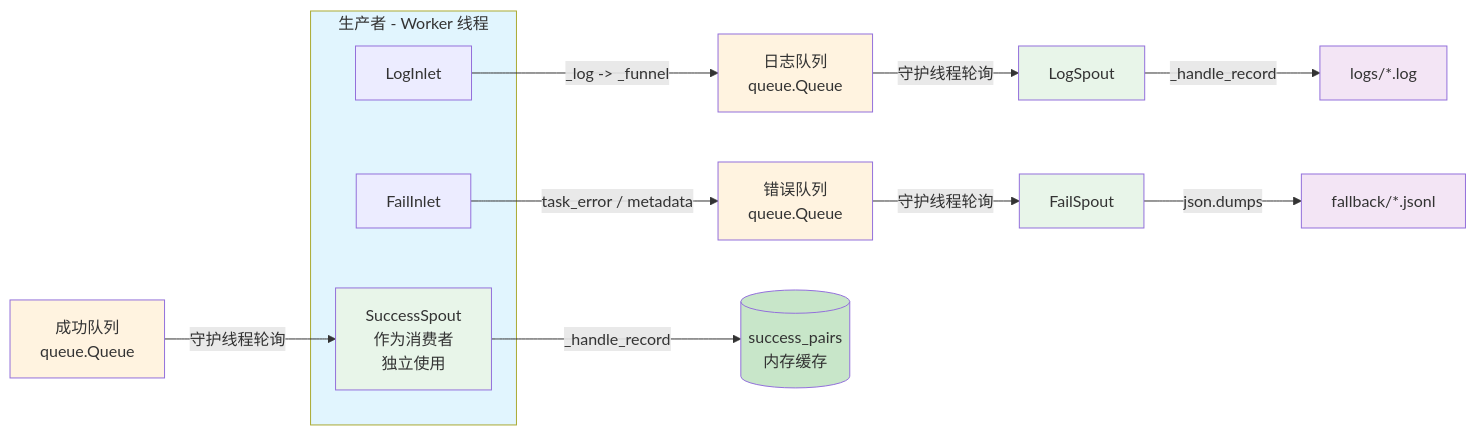
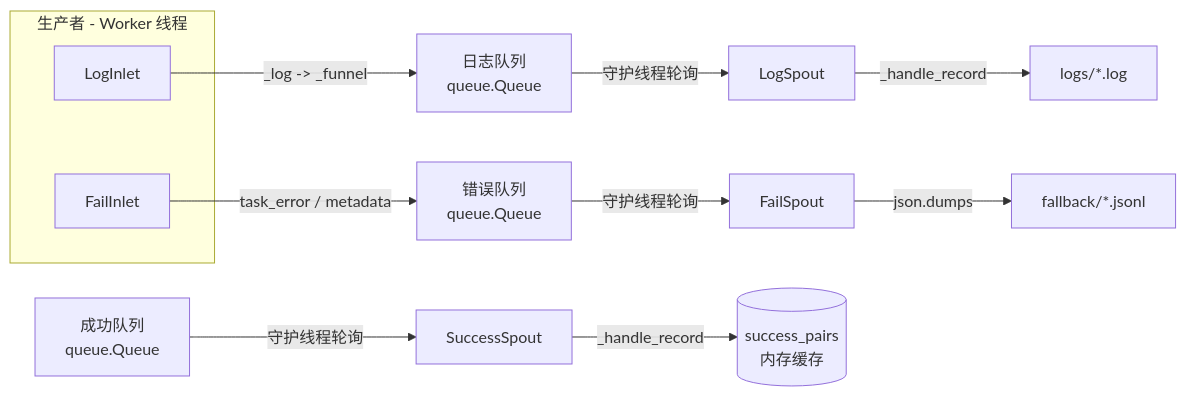
Before and after one commit to Mr-xiaotian/CelestialFlow: the diagram in docs/zh-CN/src/persistence/__init__.md, drawn with Mermaid. The commit also changed other lines of this file and 94 other files, not shown here.

````diff
--- a/docs/zh-CN/src/persistence/__init__.md
+++ b/docs/zh-CN/src/persistence/__init__.md
@@ -95,37 +80,19 @@
 ```mermaid
 flowchart LR
     subgraph Producer[生产者 - Worker 线程]
         LogInlet[LogInlet]
         FailInlet[FailInlet]
-        SuccessSpout[SuccessSpout
-作为消费者
-独立使用]
     end
 
-    LogInlet -->|_log -> _funnel| LogQueue[日志队列
-queue.Queue]
-    FailInlet -->|task_error / metadata| FailQueue[错误队列
-queue.Queue]
+    LogInlet -->|_log -> _funnel| LogQueue[日志队列<br/>queue.Queue]
+    FailInlet -->|task_error / metadata| FailQueue[错误队列<br/>queue.Queue]
 
     LogQueue -->|守护线程轮询| LogSpout[LogSpout]
     FailQueue -->|守护线程轮询| FailSpout[FailSpout]
 
     LogSpout -->|_handle_record| LogFile[logs/*.log]
     FailSpout -->|json.dumps| FailFile[fallback/*.jsonl]
 
-    SrcQueue[成功队列
-queue.Queue] -->|守护线程轮询| SuccessSpout
-    SuccessSpout -->|_handle_record| Cache[(success_pairs
-内存缓存)]
-
-    style Producer fill:#e1f5fe
-    style LogQueue fill:#fff3e0
-    style FailQueue fill:#fff3e0
-    style SrcQueue fill:#fff3e0
-    style LogSpout fill:#e8f5e9
-    style FailSpout fill:#e8f5e9
-    style SuccessSpout fill:#e8f5e9
-    style LogFile fill:#f3e5f5
-    style FailFile fill:#f3e5f5
-    style Cache fill:#c8e6c9
+    SrcQueue[成功队列<br/>queue.Queue] -->|守护线程轮询| SuccessSpout[SuccessSpout]
+    SuccessSpout -->|_handle_record| Cache[(success_pairs<br/>内存缓存)]
 ```
````
